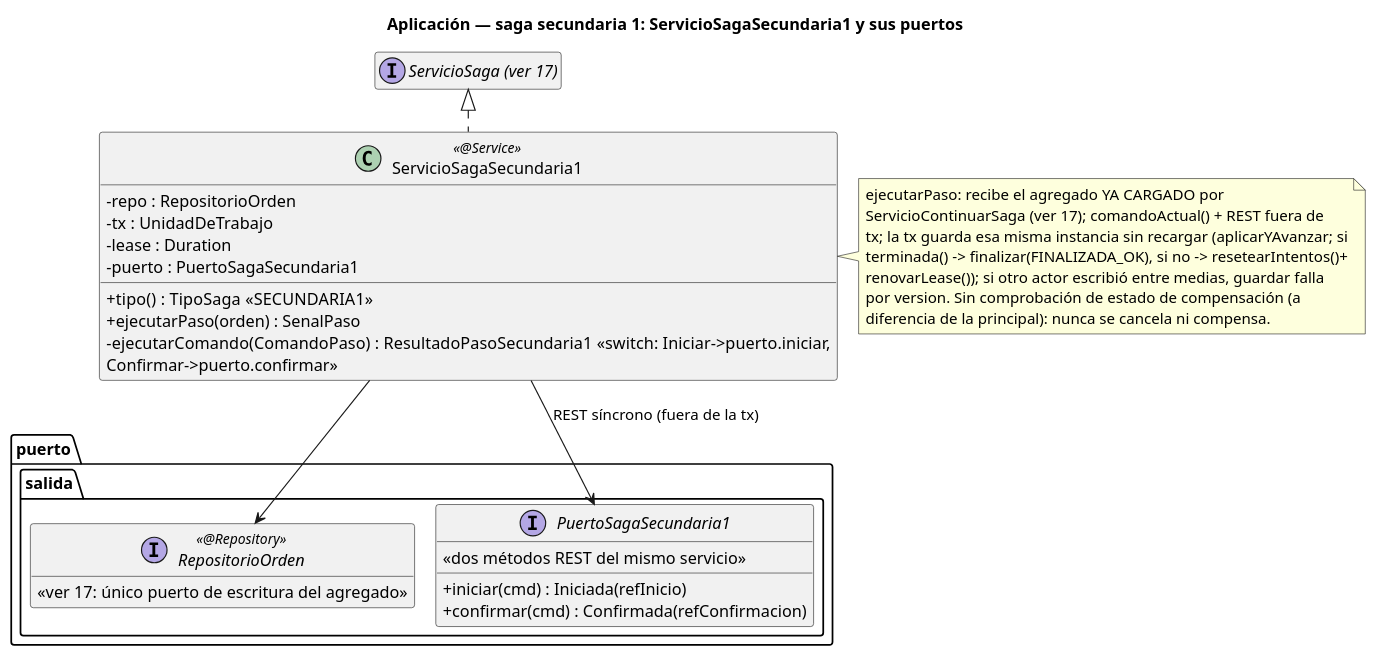
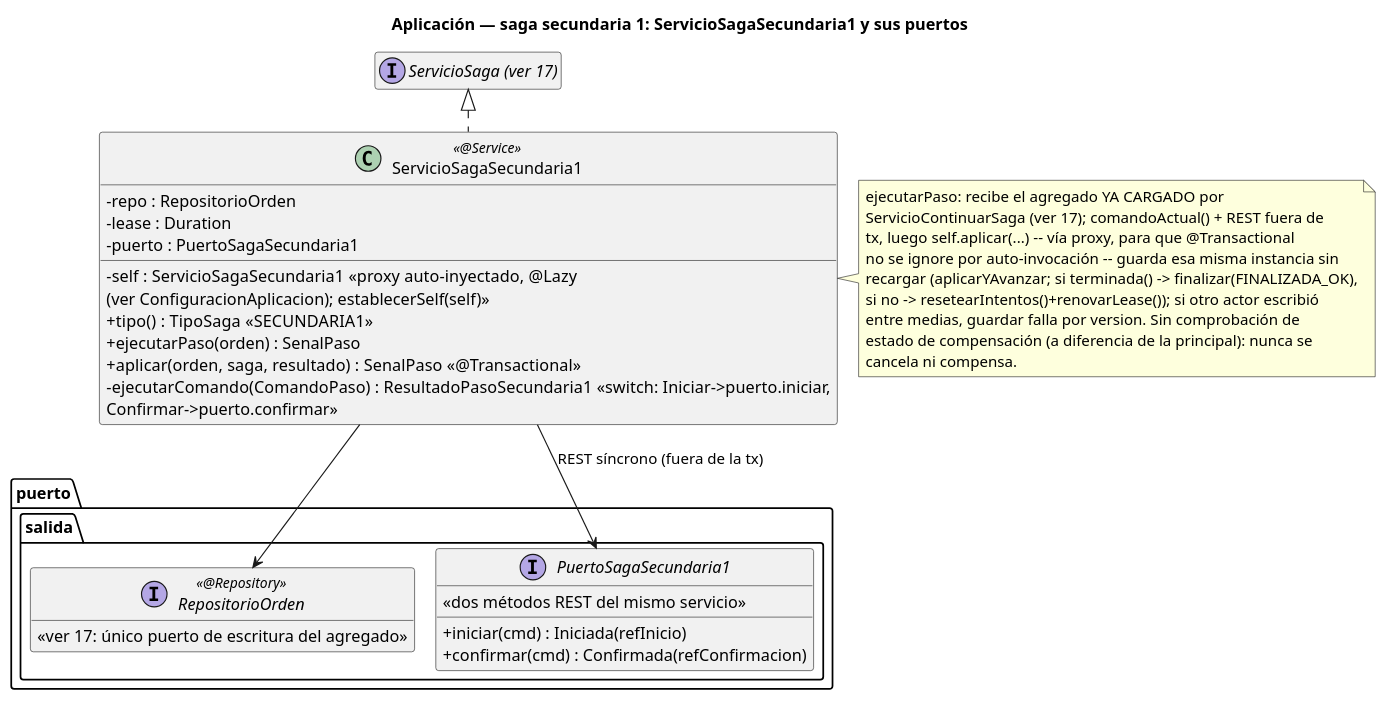
One commit to ralcazar/patrones changed the diagram in order-manager/docs/19-clases-aplicacion-saga-secundaria1.puml. Above: the diagram before and after it, drawn with PlantUML. The commit also changed 61 other files, not shown here.

```diff
--- a/order-manager/docs/19-clases-aplicacion-saga-secundaria1.puml
+++ b/order-manager/docs/19-clases-aplicacion-saga-secundaria1.puml
@@ -1,42 +1,45 @@
 @startuml 19-clases-aplicacion-saga-secundaria1
 title Aplicación — saga secundaria 1: ServicioSagaSecundaria1 y sus puertos
 !pragma layout smetana
 hide empty members
 skinparam classAttributeIconSize 0
 
 interface "ServicioSaga (ver 17)" as Base
 
 class ServicioSagaSecundaria1 <<@Service>> {
   -repo : RepositorioOrden
-  -tx : UnidadDeTrabajo
   -lease : Duration
   -puerto : PuertoSagaSecundaria1
+  -self : ServicioSagaSecundaria1  «proxy auto-inyectado, @Lazy\n(ver ConfiguracionAplicacion); establecerSelf(self)»
   +tipo() : TipoSaga  «SECUNDARIA1»
   +ejecutarPaso(orden) : SenalPaso
+  +aplicar(orden, saga, resultado) : SenalPaso  «@Transactional»
   -ejecutarComando(ComandoPaso) : ResultadoPasoSecundaria1  «switch: Iniciar->puerto.iniciar,\nConfirmar->puerto.confirmar»
 }
 note right of ServicioSagaSecundaria1
   ejecutarPaso: recibe el agregado YA CARGADO por
   ServicioContinuarSaga (ver 17); comandoActual() + REST fuera de
-  tx; la tx guarda esa misma instancia sin recargar (aplicarYAvanzar; si
-  terminada() -> finalizar(FINALIZADA_OK), si no -> resetearIntentos()+
-  renovarLease()); si otro actor escribió entre medias, guardar falla
-  por version. Sin comprobación de estado de compensación (a
-  diferencia de la principal): nunca se cancela ni compensa.
+  tx, luego self.aplicar(...) -- vía proxy, para que @Transactional
+  no se ignore por auto-invocación -- guarda esa misma instancia sin
+  recargar (aplicarYAvanzar; si terminada() -> finalizar(FINALIZADA_OK),
+  si no -> resetearIntentos()+renovarLease()); si otro actor escribió
+  entre medias, guardar falla por version. Sin comprobación de
+  estado de compensación (a diferencia de la principal): nunca se
+  cancela ni compensa.
 end note
 
 package "puerto.salida" {
   interface RepositorioOrden <<@Repository>> {
     «ver 17: único puerto de escritura del agregado»
   }
   interface PuertoSagaSecundaria1 {
     +iniciar(cmd) : Iniciada(refInicio)
     +confirmar(cmd) : Confirmada(refConfirmacion)
     «dos métodos REST del mismo servicio»
   }
 }
 
 Base <|.. ServicioSagaSecundaria1
 ServicioSagaSecundaria1 --> RepositorioOrden
 ServicioSagaSecundaria1 --> PuertoSagaSecundaria1 : REST síncrono (fuera de la tx)
 @enduml
```
